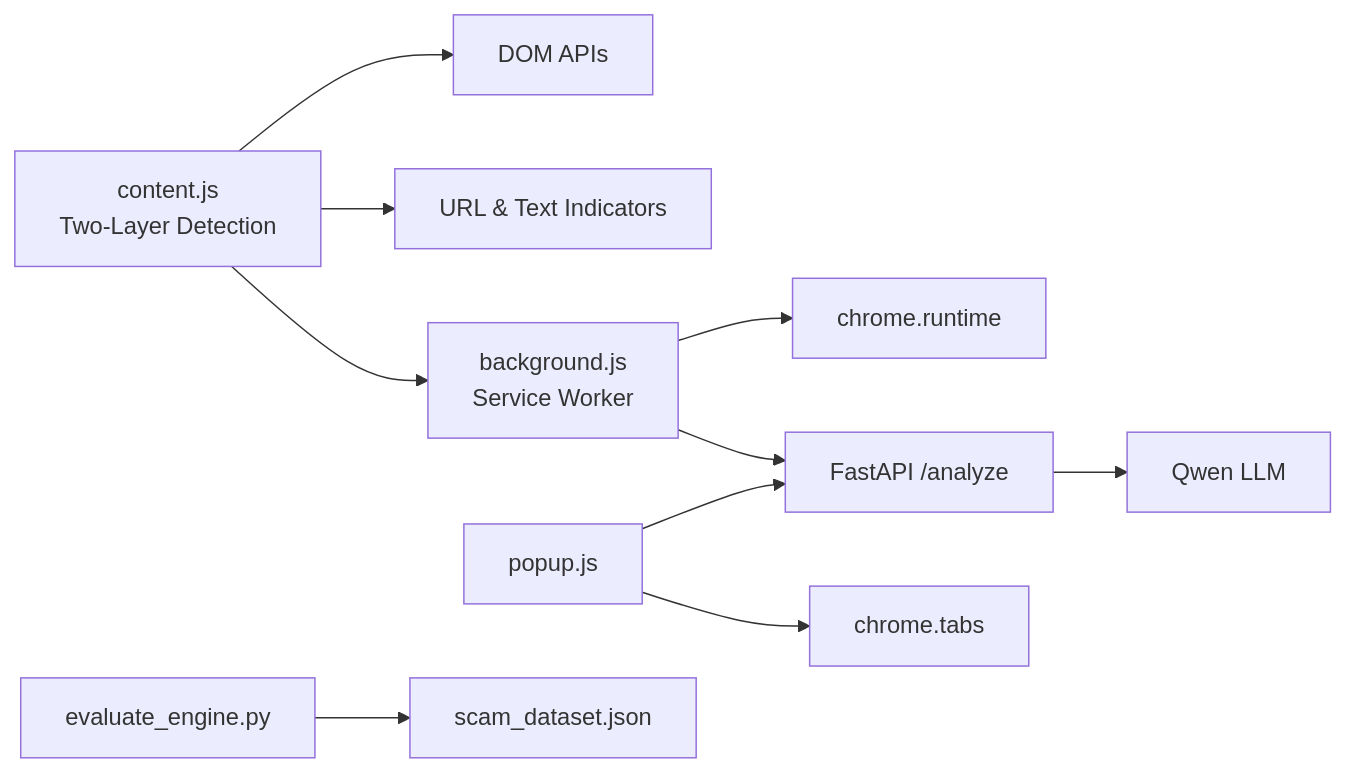
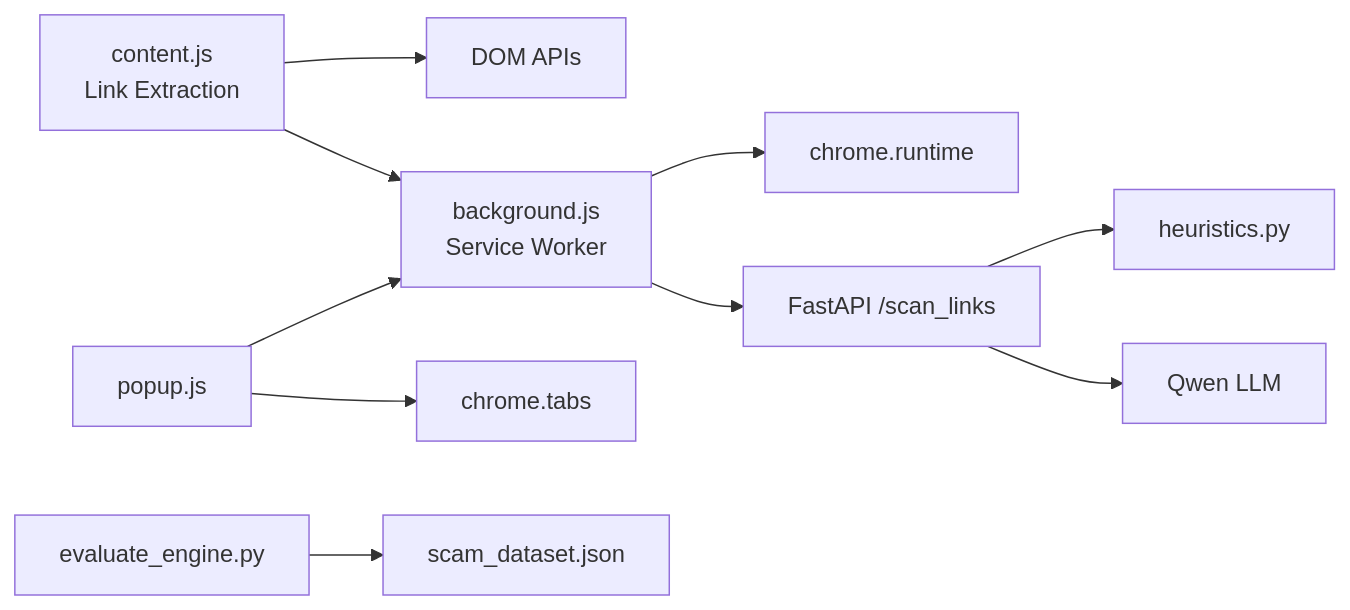
Before and after one commit to Aymanaahh/scrollguard-ai: the seventh of 7 diagrams in .qoder/repowiki/en/content/Chrome Extension Development.md, drawn with Mermaid. The commit also changed other lines of this file and 36 other files, not shown here.

Commit message:
Major refactor: async backend, improved heuristics, modernized popup UI, and optimized content script with MutationObserver + deduplication

````diff
--- a/.qoder/repowiki/en/content/Chrome Extension Development.md
+++ b/.qoder/repowiki/en/content/Chrome Extension Development.md
@@ -337,12 +366,12 @@
 ```mermaid
 graph LR
-ContentScript["content.js<br/>Two-Layer Detection"] --> BrowserDOM["DOM APIs"]
-ContentScript --> IndicatorDB["URL & Text Indicators"]
+ContentScript["content.js<br/>Link Extraction"] --> BrowserDOM["DOM APIs"]
 ContentScript --> Background["background.js<br/>Service Worker"]
 Background --> ChromeRuntime["chrome.runtime"]
-Background --> Backend["FastAPI /analyze"]
+Background --> Backend["FastAPI /scan_links"]
 Popup["popup.js"] --> ChromeTabs["chrome.tabs"]
-Popup --> Backend
+Popup --> Background
+Backend --> Heuristics["heuristics.py"]
 Backend --> LLM["Qwen LLM"]
 Eval["evaluate_engine.py"] --> Dataset["scam_dataset.json"]
 ```
````
